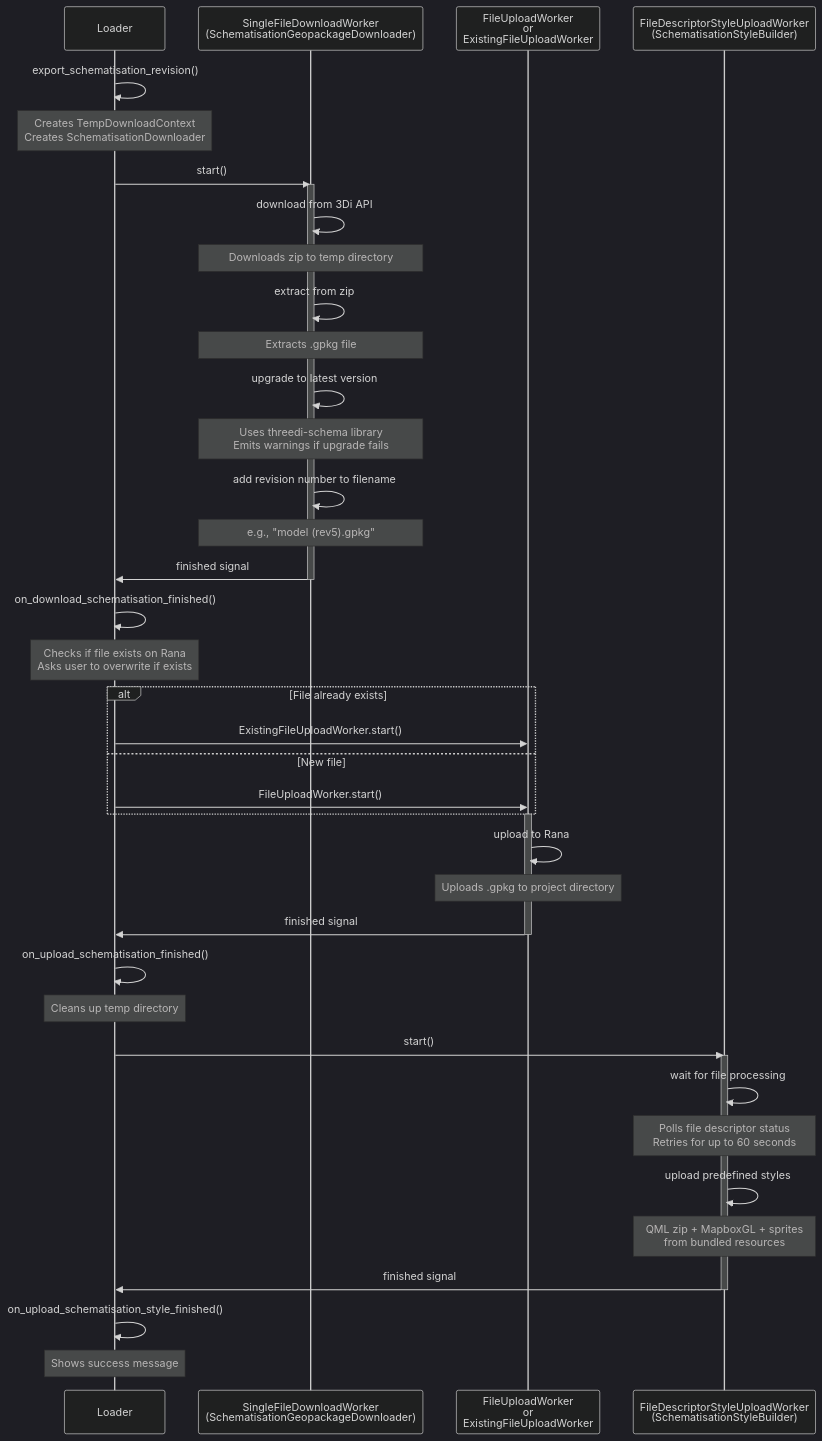
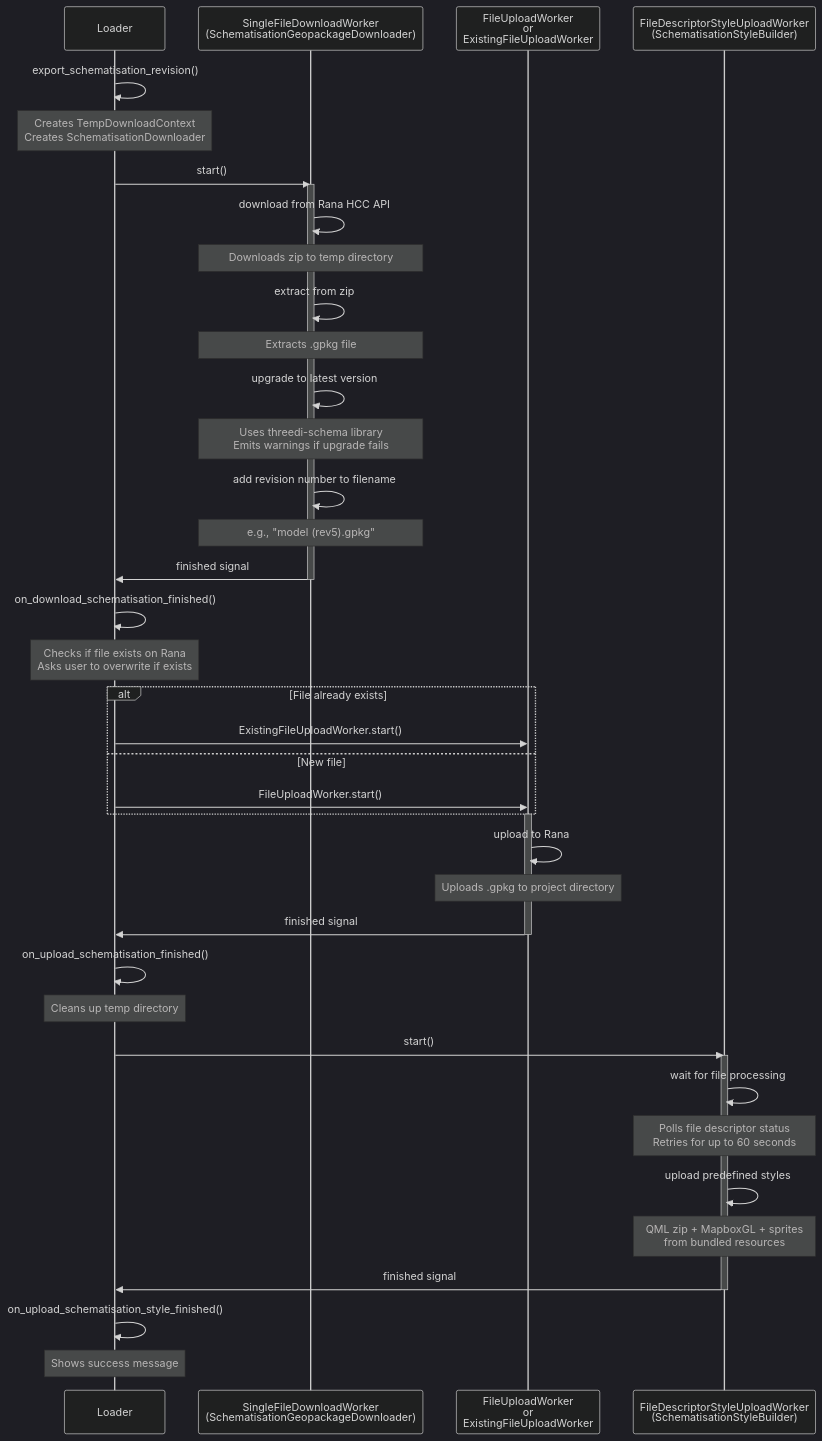
Before and after one commit to nens/rana-qgis-plugin: the diagram in doc/schematisation_export.md, drawn with Mermaid (dark theme). The commit also changed other lines of this file and 5 other files, not shown here.

````diff
--- a/doc/schematisation_export.md
+++ b/doc/schematisation_export.md
@@ -11,63 +11,63 @@
 ```mermaid
 sequenceDiagram
     participant Loader
     participant DownloadWorker as SingleFileDownloadWorker<br/>(SchematisationGeopackageDownloader)
     participant UploadWorker as FileUploadWorker<br/>or<br/>ExistingFileUploadWorker
     participant StyleWorker as FileDescriptorStyleUploadWorker<br/>(SchematisationStyleBuilder)
-    
+
     Loader->>Loader: export_schematisation_revision()
     Note over Loader: Creates TempDownloadContext<br/>Creates SchematisationDownloader
-    
+
     Loader->>DownloadWorker: start()
     activate DownloadWorker
-    
-    DownloadWorker->>DownloadWorker: download from 3Di API
+
+    DownloadWorker->>DownloadWorker: download from Rana HCC API
     Note over DownloadWorker: Downloads zip to temp directory
-    
+
     DownloadWorker->>DownloadWorker: extract from zip
     Note over DownloadWorker: Extracts .gpkg file
-    
+
     DownloadWorker->>DownloadWorker: upgrade to latest version
     Note over DownloadWorker: Uses threedi-schema library<br/>Emits warnings if upgrade fails
-    
+
     DownloadWorker->>DownloadWorker: add revision number to filename
     Note over DownloadWorker: e.g., "model (rev5).gpkg"
-    
+
     DownloadWorker->>Loader: finished signal
     deactivate DownloadWorker
-    
+
     Loader->>Loader: on_download_schematisation_finished()
     Note over Loader: Checks if file exists on Rana<br/>Asks user to overwrite if exists
-    
+
     alt File already exists
         Loader->>UploadWorker: ExistingFileUploadWorker.start()
     else New file
         Loader->>UploadWorker: FileUploadWorker.start()
     end
-    
+
     activate UploadWorker
-    
+
     UploadWorker->>UploadWorker: upload to Rana
     Note over UploadWorker: Uploads .gpkg to project directory
-    
+
     UploadWorker->>Loader: finished signal
     deactivate UploadWorker
-    
+
     Loader->>Loader: on_upload_schematisation_finished()
     Note over Loader: Cleans up temp directory
-    
+
     Loader->>StyleWorker: start()
     activate StyleWorker
-    
+
     StyleWorker->>StyleWorker: wait for file processing
     Note over StyleWorker: Polls file descriptor status<br/>Retries for up to 60 seconds
-    
+
     StyleWorker->>StyleWorker: upload predefined styles
     Note over StyleWorker: QML zip + MapboxGL + sprites<br/>from bundled resources
-    
+
     StyleWorker->>Loader: finished signal
     deactivate StyleWorker
-    
+
     Loader->>Loader: on_upload_schematisation_style_finished()
     Note over Loader: Shows success message
 ```
````
